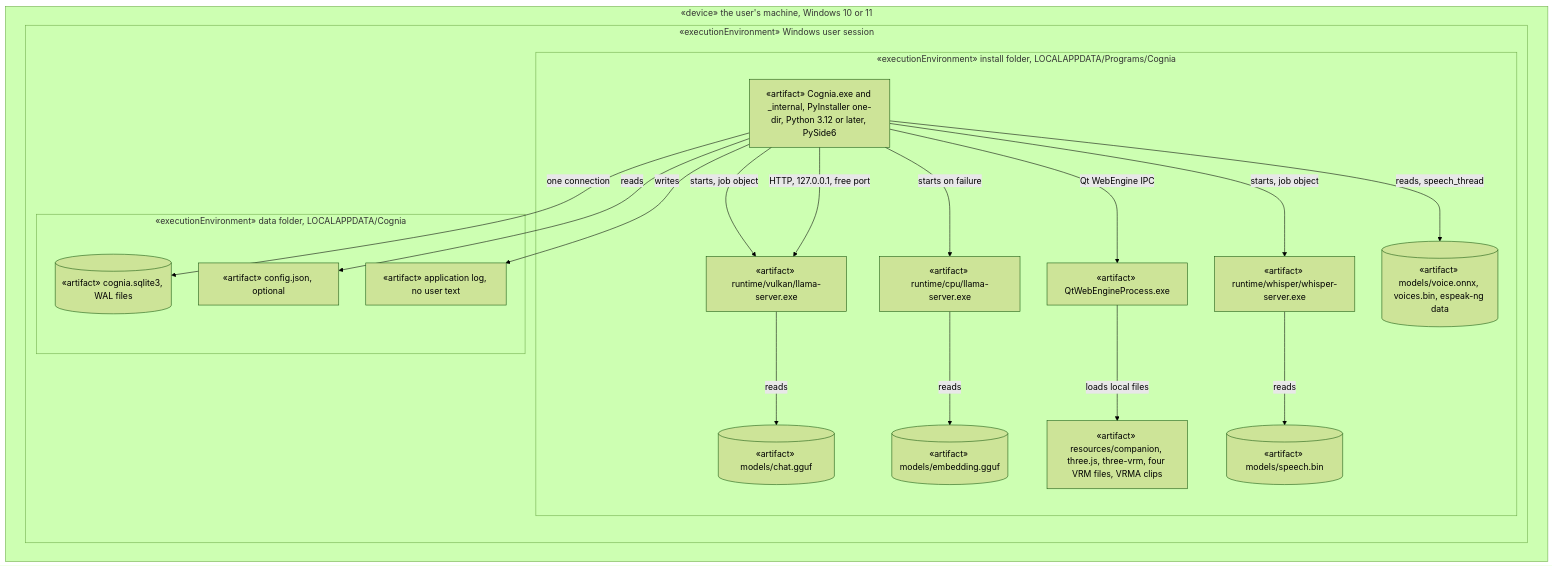
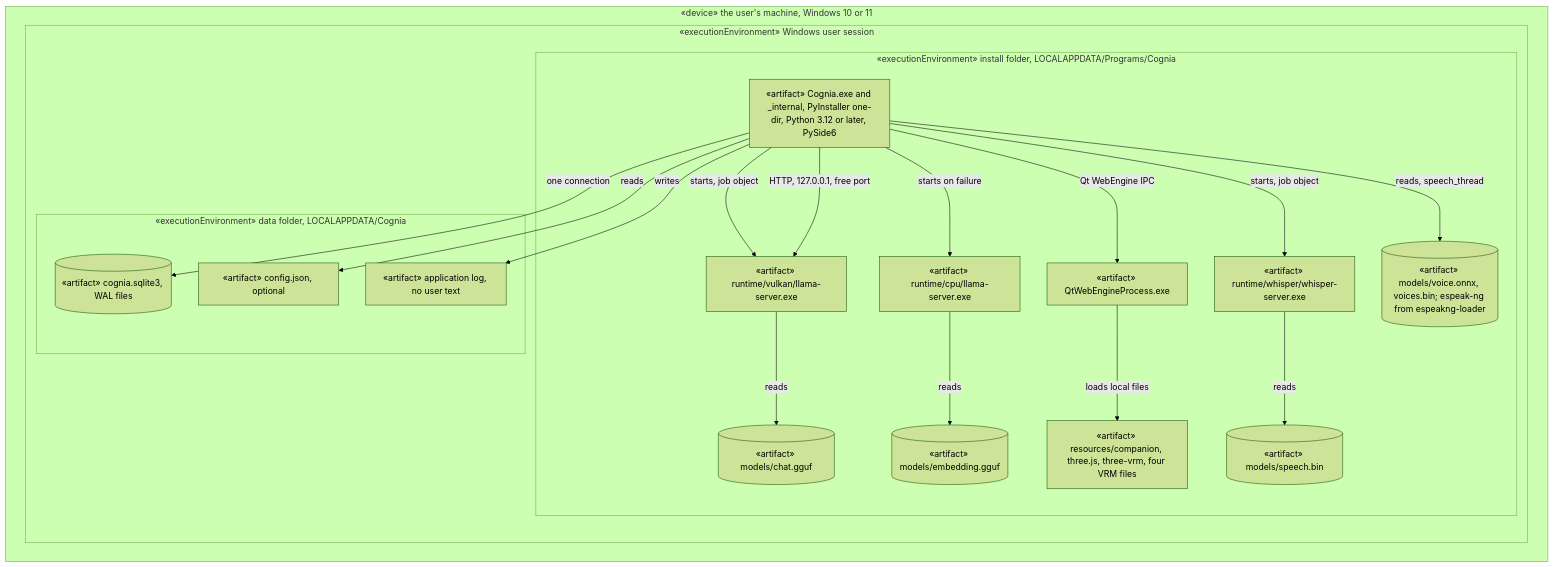
Before and after one commit to NguyenVu04/cognia: diagram 46 of 46 in docs/architecture/ARCHITECTURE.md, drawn with Mermaid (forest theme). The commit also changed other lines of this file and 29 other files, not shown here.

````diff
--- a/docs/architecture/ARCHITECTURE.md
+++ b/docs/architecture/ARCHITECTURE.md
@@ -2845,39 +2868,39 @@
 ```mermaid
 flowchart TB
     subgraph machine["«device» the user's machine, Windows 10 or 11"]
         subgraph session["«executionEnvironment» Windows user session"]
             subgraph program["«executionEnvironment» install folder, LOCALAPPDATA/Programs/Cognia"]
                 app_exe["«artifact» Cognia.exe and _internal, PyInstaller one-dir, Python 3.12 or later, PySide6"]
                 web_exe["«artifact» QtWebEngineProcess.exe"]
-                page["«artifact» resources/companion, three.js, three-vrm, four VRM files, VRMA clips"]
+                page["«artifact» resources/companion, three.js, three-vrm, four VRM files"]
                 vulkan["«artifact» runtime/vulkan/llama-server.exe"]
                 cpu["«artifact» runtime/cpu/llama-server.exe"]
                 whisper["«artifact» runtime/whisper/whisper-server.exe"]
                 chat_model[("«artifact» models/chat.gguf")]
                 embed_model[("«artifact» models/embedding.gguf")]
                 speech_model[("«artifact» models/speech.bin")]
-                voice_model[("«artifact» models/voice.onnx, voices.bin, espeak-ng data")]
+                voice_model[("«artifact» models/voice.onnx, voices.bin; espeak-ng from espeakng-loader")]
             end
 
             subgraph data["«executionEnvironment» data folder, LOCALAPPDATA/Cognia"]
                 db[("«artifact» cognia.sqlite3, WAL files")]
                 config["«artifact» config.json, optional"]
                 logs["«artifact» application log, no user text"]
             end
         end
     end
 
     app_exe -->|"starts, job object"| vulkan
     app_exe -->|"starts on failure"| cpu
     vulkan -->|"reads"| chat_model
     cpu -->|"reads"| embed_model
     app_exe -->|"HTTP, 127.0.0.1, free port"| vulkan
     app_exe -->|"Qt WebEngine IPC"| web_exe
     web_exe -->|"loads local files"| page
     app_exe -->|"starts, job object"| whisper
     whisper -->|"reads"| speech_model
     app_exe -->|"reads, speech_thread"| voice_model
     app_exe -->|"one connection"| db
     app_exe -->|"reads"| config
     app_exe -->|"writes"| logs
 ```
````
